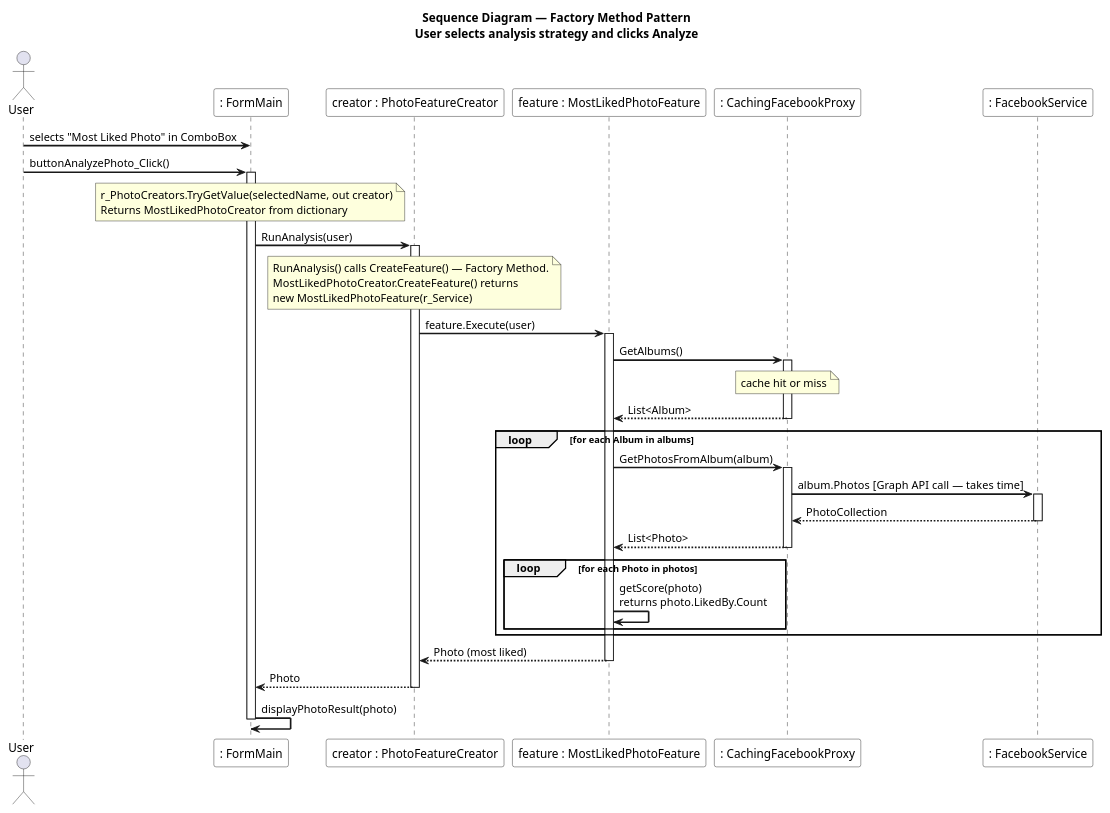
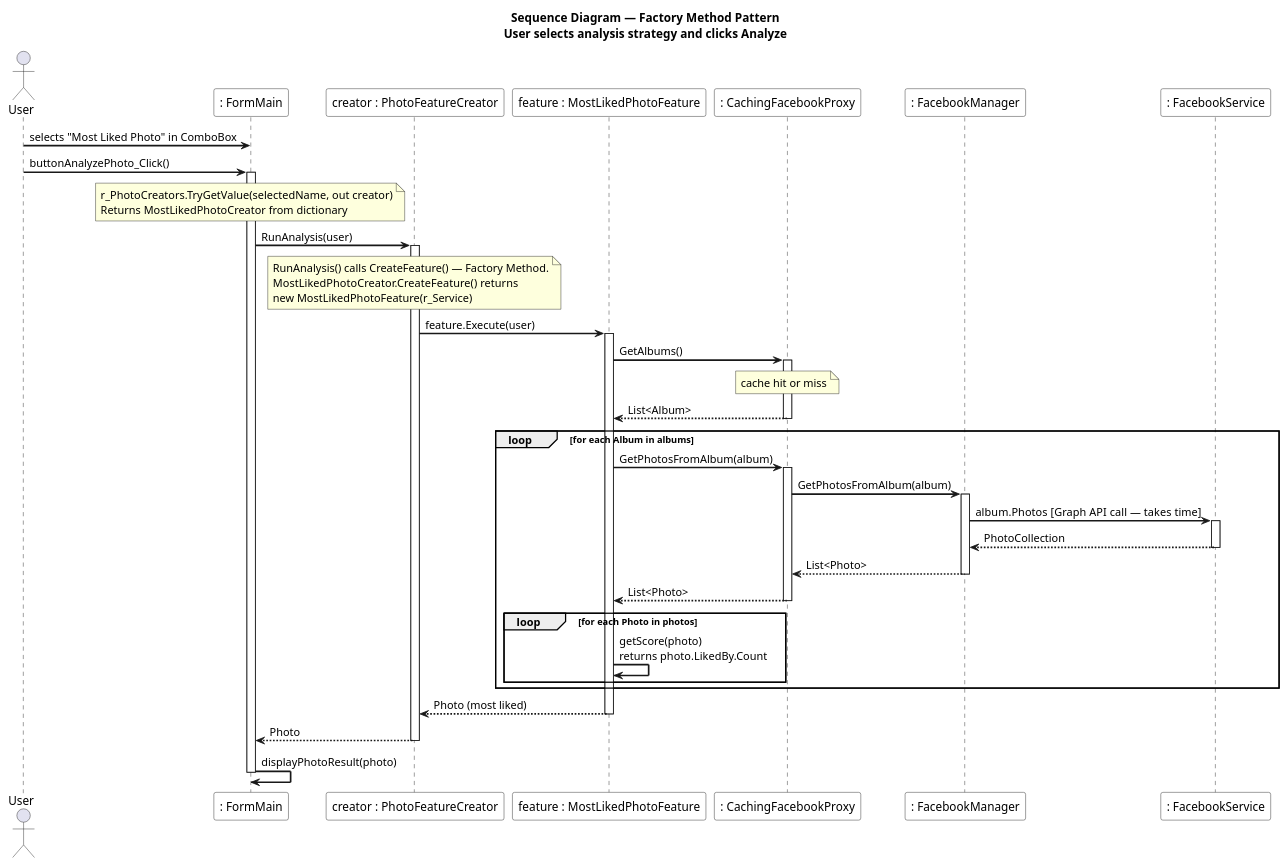
The diagram in Project2/B26 Ex02 LotemKimchi 318173481 ShaniSalomon 208573683/uml/seq_factory_method.puml (LotemKimchi/Application-Programming-Using-Design-Patterns), drawn with PlantUML before and after one commit. The commit also changed 1 other file, not shown here.

Commit message:
Fix Factory Method sequence diagram and update submission document
- seq_factory_method: add FacebookManager between CachingFacebookProxy and
  FacebookService — Proxy wraps Facade, not SDK directly
- Update Ex02 docx with latest content

```diff
--- a/Project2/B26 Ex02 LotemKimchi 318173481 ShaniSalomon 208573683/uml/seq_factory_method.puml
+++ b/Project2/B26 Ex02 LotemKimchi 318173481 ShaniSalomon 208573683/uml/seq_factory_method.puml
@@ -1,65 +1,70 @@
 @startuml SequenceDiagram_FactoryMethod
 title Sequence Diagram — Factory Method Pattern\nUser selects analysis strategy and clicks Analyze
 
 skinparam sequenceArrowThickness 2
 skinparam sequenceParticipantBackgroundColor White
 
 actor "User" as User
 
 participant ": FormMain"                        as FM
 participant "creator : PhotoFeatureCreator"     as PFC
 participant "feature : MostLikedPhotoFeature"   as MLPF
 participant ": CachingFacebookProxy"            as Proxy
+participant ": FacebookManager"                 as Facade
 participant ": FacebookService"                 as SDK
 
 User  ->  FM   : selects "Most Liked Photo" in ComboBox
 User  ->  FM   : buttonAnalyzePhoto_Click()
 activate FM
 
 note over FM
   r_PhotoCreators.TryGetValue(selectedName, out creator)
   Returns MostLikedPhotoCreator from dictionary
 end note
 
 FM    ->  PFC  : RunAnalysis(user)
 activate PFC
 
 note over PFC
   RunAnalysis() calls CreateFeature() — Factory Method.
   MostLikedPhotoCreator.CreateFeature() returns
   new MostLikedPhotoFeature(r_Service)
 end note
 
 PFC   ->  MLPF : feature.Execute(user)
 activate MLPF
 
 MLPF  ->  Proxy : GetAlbums()
 activate Proxy
 note over Proxy : cache hit or miss
 Proxy -->  MLPF : List<Album>
 deactivate Proxy
 
 loop for each Album in albums
-    MLPF ->  Proxy : GetPhotosFromAlbum(album)
+    MLPF   ->  Proxy  : GetPhotosFromAlbum(album)
     activate Proxy
-    Proxy ->  SDK  : album.Photos  [Graph API call — takes time]
+    Proxy  ->  Facade : GetPhotosFromAlbum(album)
+    activate Facade
+    Facade ->  SDK    : album.Photos  [Graph API call — takes time]
     activate SDK
-    SDK  --> Proxy : PhotoCollection
+    SDK    --> Facade : PhotoCollection
     deactivate SDK
-    Proxy --> MLPF : List<Photo>
+    Facade --> Proxy  : List<Photo>
+    deactivate Facade
+    Proxy  --> MLPF   : List<Photo>
     deactivate Proxy
 
     loop for each Photo in photos
         MLPF -> MLPF : getScore(photo)\nreturns photo.LikedBy.Count
     end
 end
 
 MLPF --> PFC  : Photo (most liked)
 deactivate MLPF
 
 PFC  --> FM   : Photo
 deactivate PFC
 
 FM    ->  FM  : displayPhotoResult(photo)
 deactivate FM
 @enduml
```
